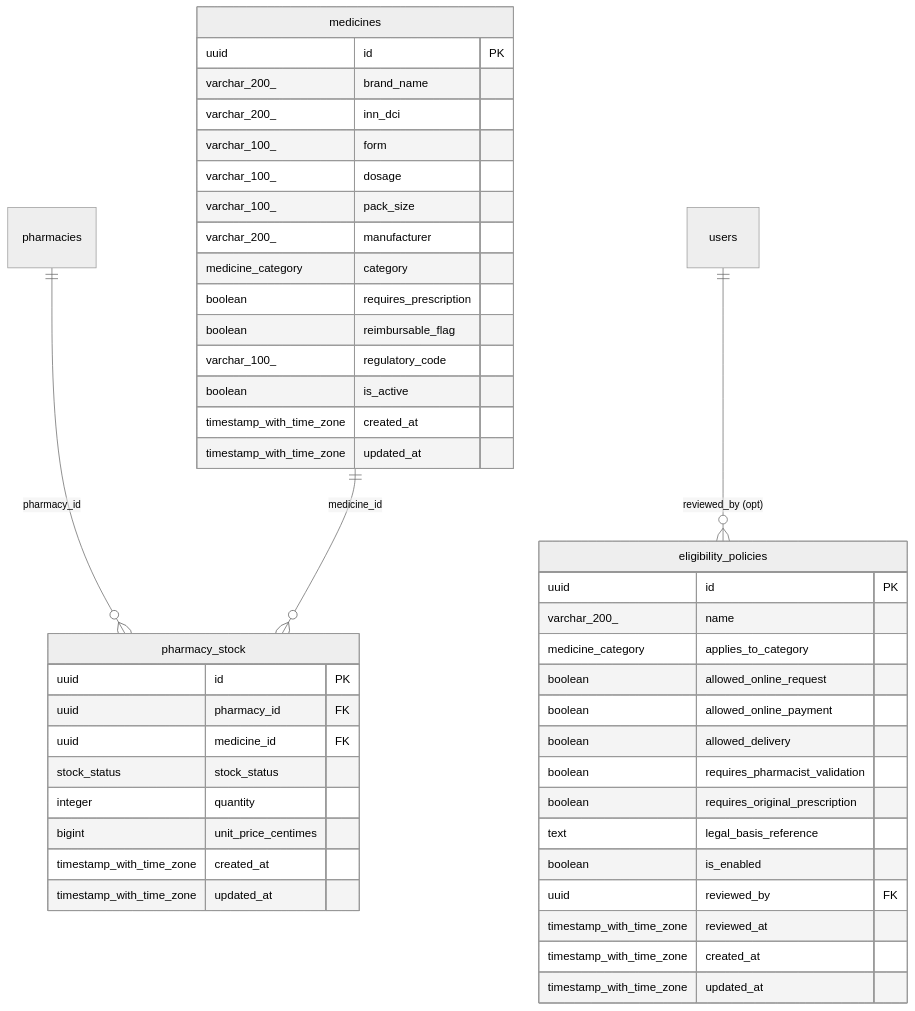
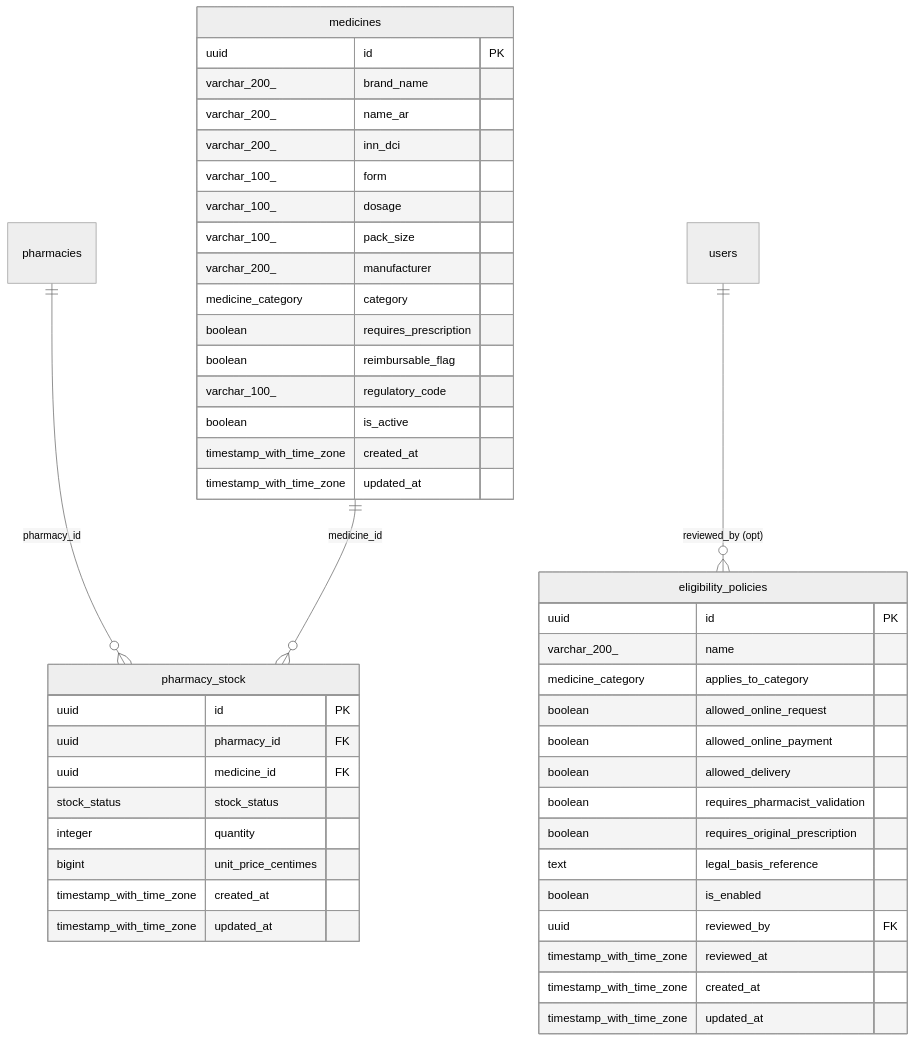
The fifth of 12 diagrams in backend/docs/01-database.md (Chafikbz4/DEWA), drawn with Mermaid (neutral theme) before and after one commit. The commit also changed other lines of this file and 47 other files, not shown here.

````diff
--- a/backend/docs/01-database.md
+++ b/backend/docs/01-database.md
@@ -388,48 +389,49 @@
 ```mermaid
 erDiagram
   eligibility_policies {
     uuid id PK
     varchar_200_ name
     medicine_category applies_to_category
     boolean allowed_online_request
     boolean allowed_online_payment
     boolean allowed_delivery
     boolean requires_pharmacist_validation
     boolean requires_original_prescription
     text legal_basis_reference
     boolean is_enabled
     uuid reviewed_by FK
     timestamp_with_time_zone reviewed_at
     timestamp_with_time_zone created_at
     timestamp_with_time_zone updated_at
   }
   medicines {
     uuid id PK
     varchar_200_ brand_name
+    varchar_200_ name_ar
     varchar_200_ inn_dci
     varchar_100_ form
     varchar_100_ dosage
     varchar_100_ pack_size
     varchar_200_ manufacturer
     medicine_category category
     boolean requires_prescription
     boolean reimbursable_flag
     varchar_100_ regulatory_code
     boolean is_active
     timestamp_with_time_zone created_at
     timestamp_with_time_zone updated_at
   }
   pharmacy_stock {
     uuid id PK
     uuid pharmacy_id FK
     uuid medicine_id FK
     stock_status stock_status
     integer quantity
     bigint unit_price_centimes
     timestamp_with_time_zone created_at
     timestamp_with_time_zone updated_at
   }
   users ||--o{ eligibility_policies : "reviewed_by (opt)"
   pharmacies ||--o{ pharmacy_stock : "pharmacy_id"
   medicines ||--o{ pharmacy_stock : "medicine_id"
 ```
````
